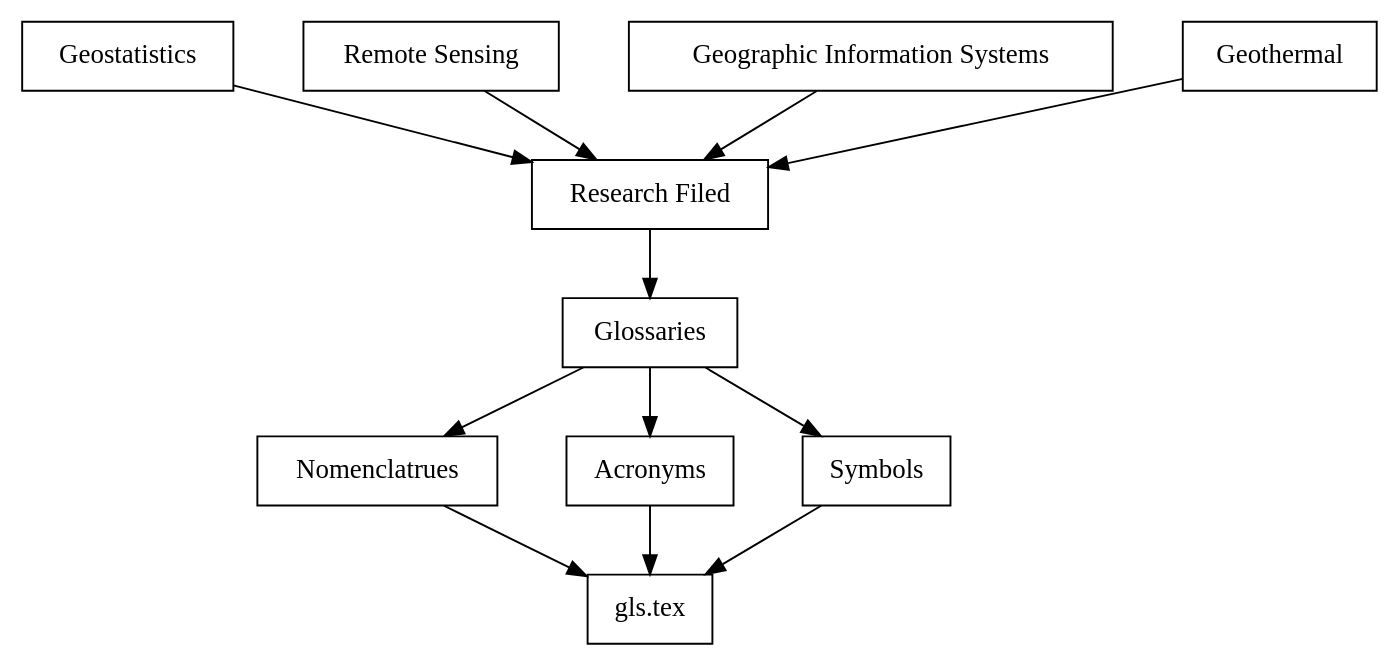
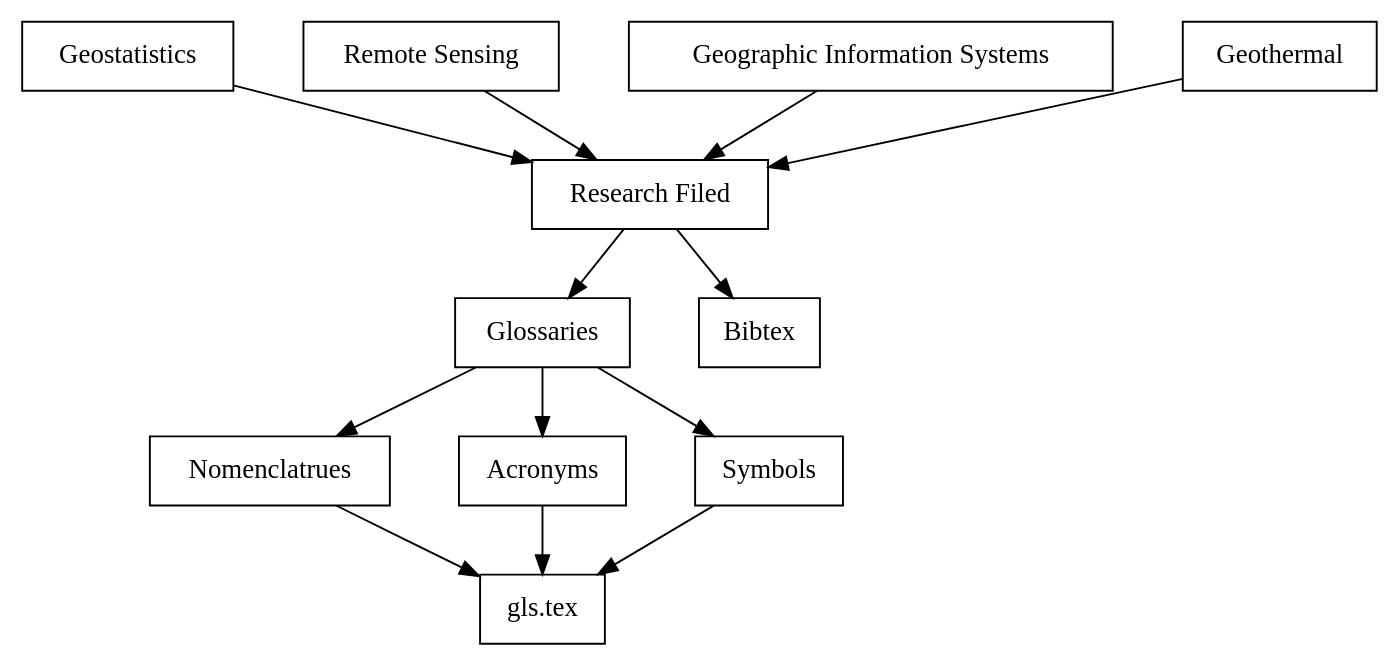
One commit to bwtian/glossaR changed the diagram in note/glossaR.org. Above: the diagram before and after it, drawn with Graphviz. The commit also changed other lines of this file and 1 other file, not shown here.

Commit message:
- ‘note/.#glossaR.org’ / ‘note/glossaR.org’

```diff
--- a/note/glossaR.org
+++ b/note/glossaR.org
@@ -4,26 +4,27 @@
 #+BEGIN_SRC dot :file glossarWorkflow.png  
   digraph { 
           fontname="Times"; 
           fontsize = 12; 
           splines = false; 
           ranksep = 0.5; 
           nodesep = 0.5; 
           node [shape = box] 
           //1. set node 
           gs [label = "Geostatistics"]
           rs [label = "Remote Sensing"]
           gis [label = "Geographic Information Systems"]
           gt [label = "Geothermal"]
           study [label = "Research Filed"]
           gls [label = "Glossaries"]
           nomencl[label = "Nomenclatrues"]
           acro [label = "Acronyms"]
           symbol [label = "Symbols"]
+          bib [label = "Bibtex"]
+          //2. set path 
+          {gs, gis, rs, gt} -> study -> {gls, bib}
+          gls -> {nomencl, acro, symbol} -> "gls.tex"
           
-          //2. set path 
-          {gs, gis, rs, gt} -> study -> {gls}
-          gls -> {nomencl, acro, symbol} -> "gls.tex"
           //3. set rank 
           {rank = same; gs, gis, rs, gt} 
   }
 #+END_SRC
```
